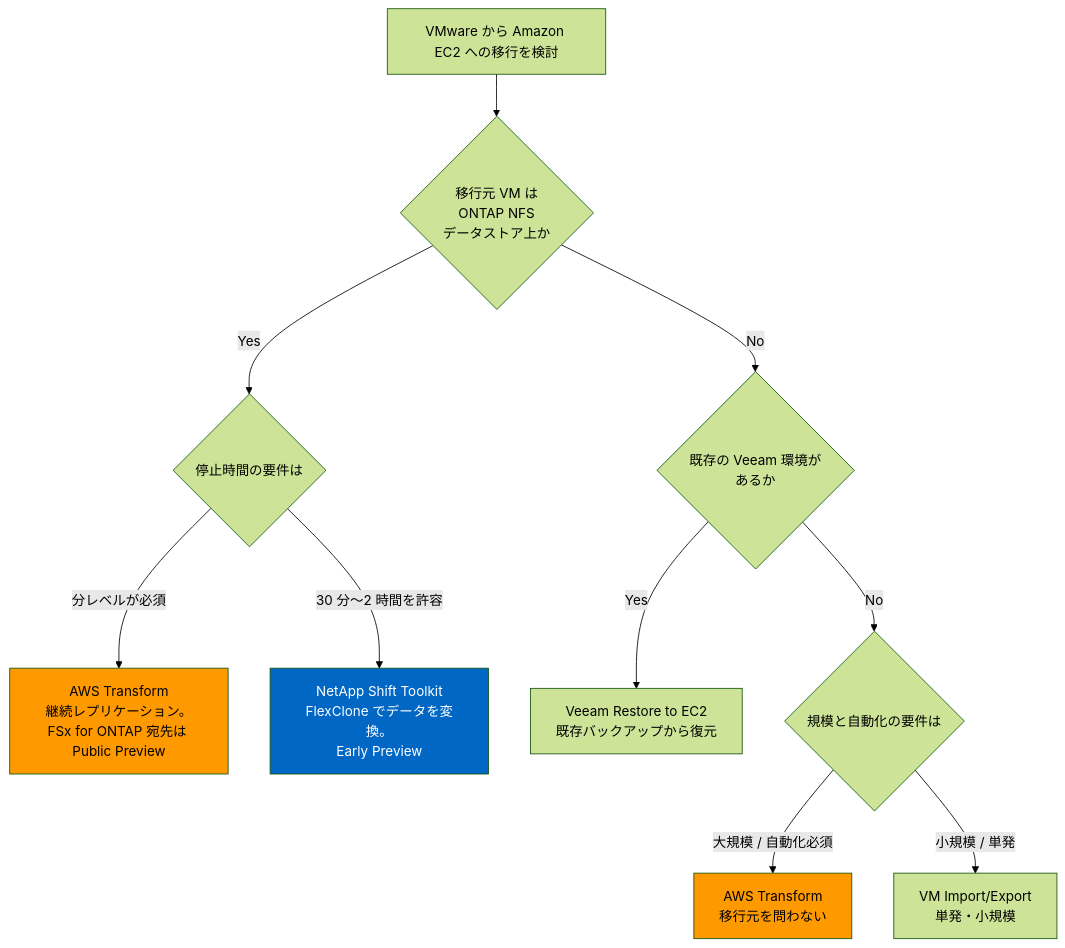
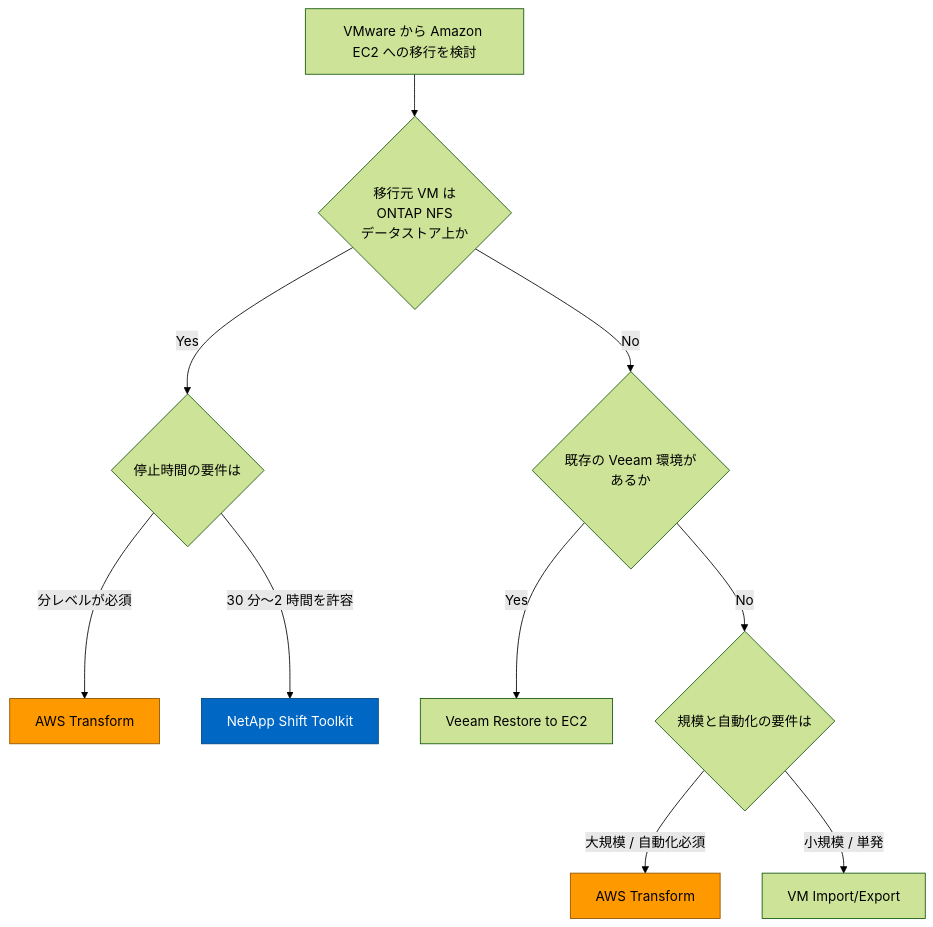
Before and after one commit to Yoshiki0705/VMware-Migration-EC2-ONTAP: the second of 2 diagrams in docs/images/architecture.md, drawn with Mermaid (forest theme). The commit also changed other lines of this file, not shown here.

Commit message:
docs: keep Mermaid legible in both GitHub color modes

````diff
--- a/docs/images/architecture.md
+++ b/docs/images/architecture.md
@@ -114,28 +118,28 @@
 ```mermaid
 flowchart TD
     Start["VMware から Amazon EC2 への移行を検討"]
     Q1{"移行元 VM は<br/>ONTAP NFS<br/>データストア上か"}
     Q2{"停止時間の要件は"}
     Q3{"既存の Veeam 環境が<br/>あるか"}
     Q4{"規模と自動化の要件は"}
 
-    ATX_ONTAP["AWS Transform<br/>継続レプリケーション。<br/>FSx for ONTAP 宛先は Public Preview"]
-    Shift["NetApp Shift Toolkit<br/>FlexClone でデータを変換。<br/>Early Preview"]
-    Veeam["Veeam Restore to EC2<br/>既存バックアップから復元"]
-    ATX_ANY["AWS Transform<br/>移行元を問わない"]
-    VMImport["VM Import/Export<br/>単発・小規模"]
+    ATX_ONTAP["AWS Transform"]
+    Shift["NetApp Shift Toolkit"]
+    Veeam["Veeam Restore to EC2"]
+    ATX_ANY["AWS Transform"]
+    VMImport["VM Import/Export"]
 
     Start --> Q1
     Q1 -->|Yes| Q2
     Q2 -->|"分レベルが必須"| ATX_ONTAP
     Q2 -->|"30 分〜2 時間を許容"| Shift
     Q1 -->|No| Q3
     Q3 -->|Yes| Veeam
     Q3 -->|No| Q4
     Q4 -->|"大規模 / 自動化必須"| ATX_ANY
     Q4 -->|"小規模 / 単発"| VMImport
 
-    style Shift fill:#0067C5,color:#fff
-    style ATX_ONTAP fill:#FF9900,color:#000
-    style ATX_ANY fill:#FF9900,color:#000
+    style Shift fill:#0067C5,color:#fff,stroke:#00447f
+    style ATX_ONTAP fill:#FF9900,color:#000,stroke:#8a5200
+    style ATX_ANY fill:#FF9900,color:#000,stroke:#8a5200
 ```
````
